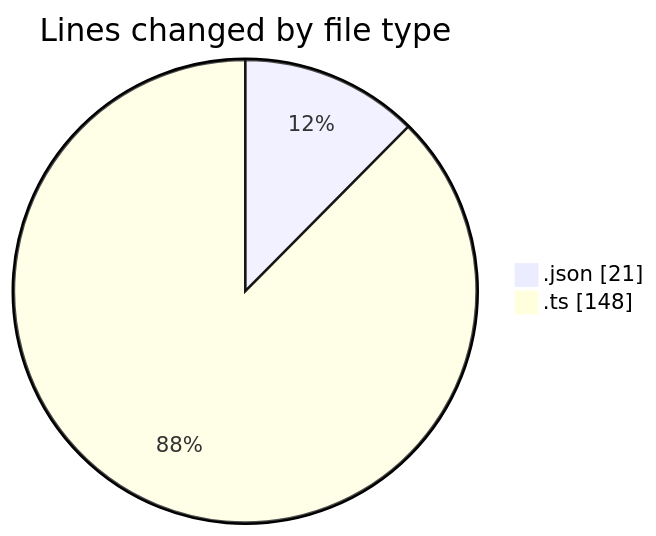
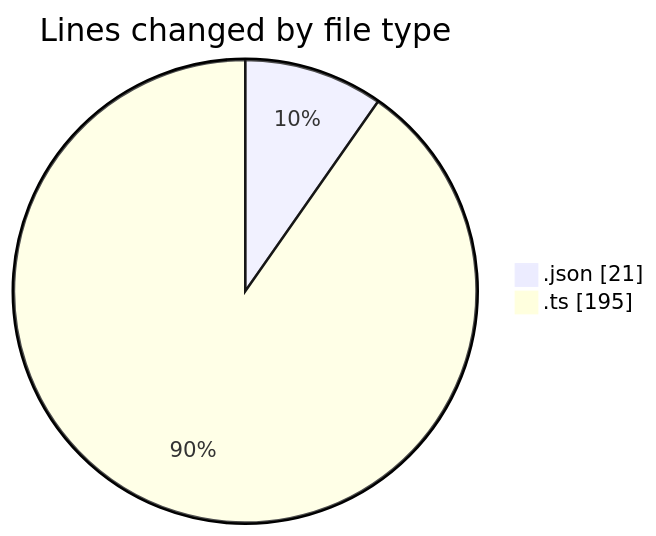
The first of 2 diagrams in 2025-01-15/github-activity-tracker/README.md (momahboobian/code-tracking), drawn with Mermaid before and after one commit. The commit also changed other lines of this file and 1 other file, not shown here.

````diff
--- a/2025-01-15/github-activity-tracker/README.md
+++ b/2025-01-15/github-activity-tracker/README.md
@@ -23,6 +24,6 @@
 ```mermaid
 pie showData
 title Lines changed by file type
 ".json" : 21
-".ts" : 148
+".ts" : 195
 ```
````
